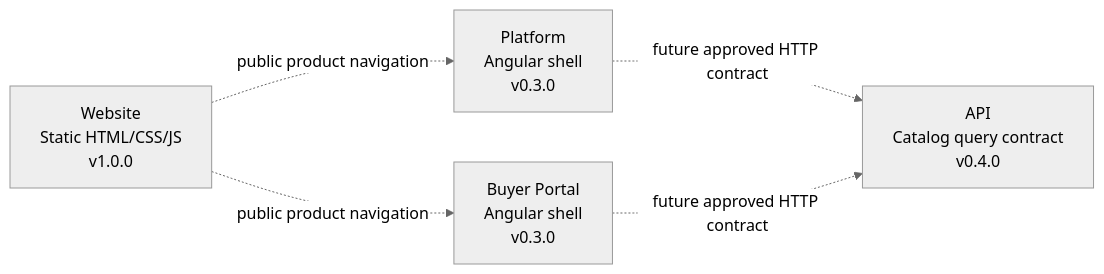
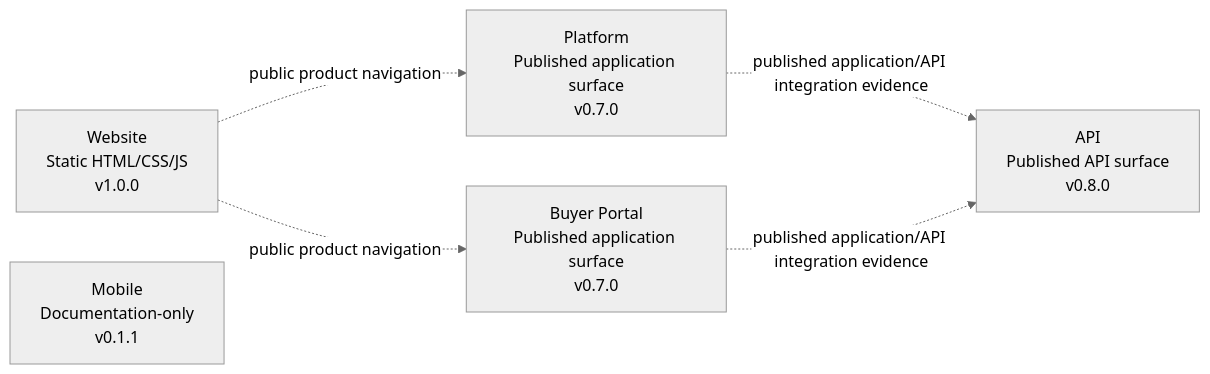
The diagram in README.md (nexa-suite/website), drawn with Mermaid (neutral theme) before and after one commit. The commit also changed other lines of this file and 8 other files, not shown here.

````diff
--- a/README.md
+++ b/README.md
@@ -36,12 +36,13 @@
 ```mermaid
 flowchart LR
     Website["Website<br/>Static HTML/CSS/JS<br/>v1.0.0"]
-    Platform["Platform<br/>Angular shell<br/>v0.3.0"]
-    Portal["Buyer Portal<br/>Angular shell<br/>v0.3.0"]
-    API["API<br/>Catalog query contract<br/>v0.4.0"]
+    Platform["Platform<br/>Published application surface<br/>v0.7.0"]
+    Portal["Buyer Portal<br/>Published application surface<br/>v0.7.0"]
+    API["API<br/>Published API surface<br/>v0.8.0"]
+    Mobile["Mobile<br/>Documentation-only<br/>v0.1.1"]
 
     Website -. "public product navigation" .-> Platform
     Website -. "public product navigation" .-> Portal
-    Platform -. "future approved HTTP contract" .-> API
-    Portal -. "future approved HTTP contract" .-> API
+    Platform -. "published application/API integration evidence" .-> API
+    Portal -. "published application/API integration evidence" .-> API
 ```
````
